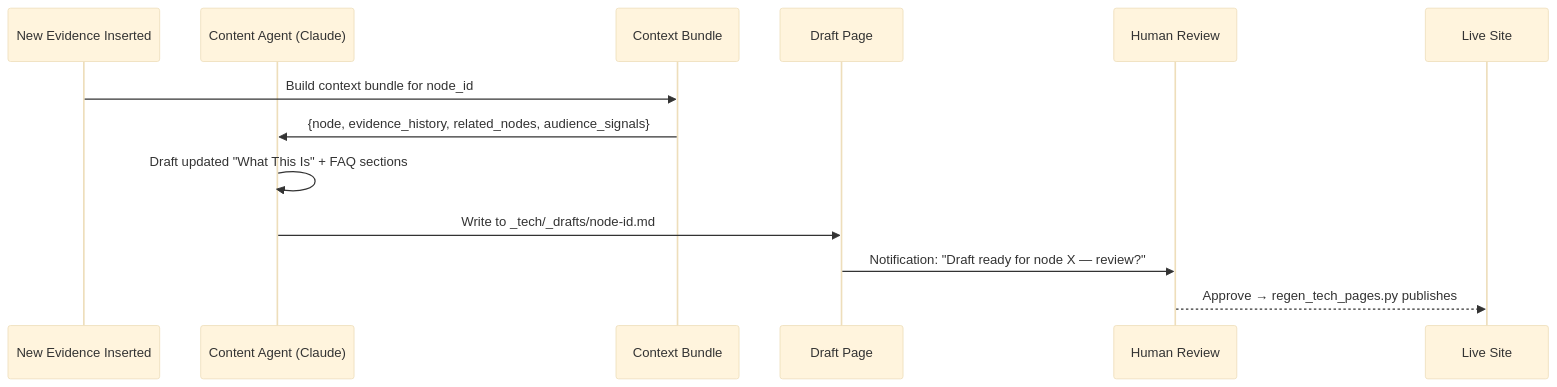
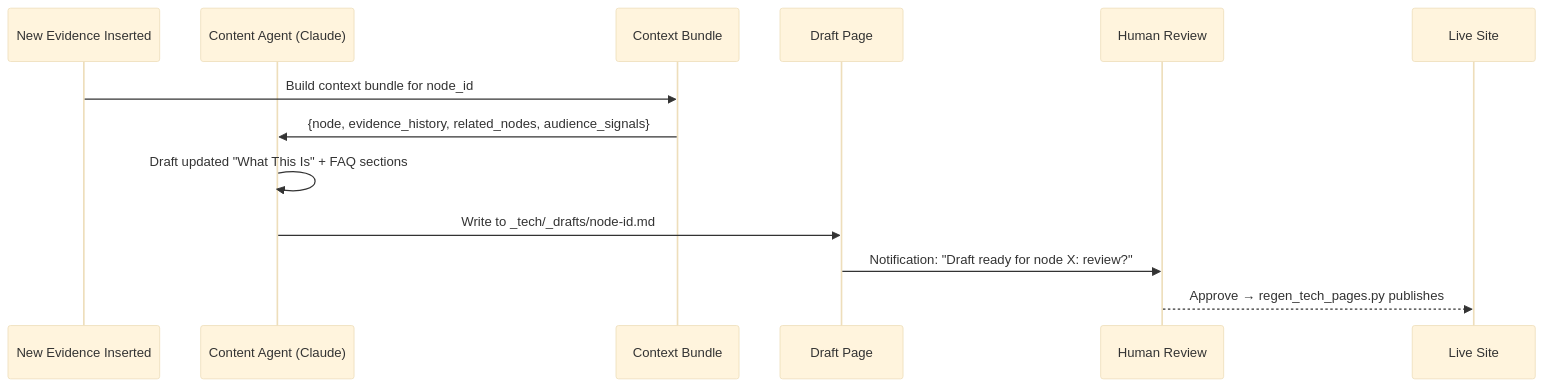
One commit to mengliang10/future changed the second of 6 diagrams in enhancements/16-agentic-martech-stack.md. Above: the diagram before and after it, drawn with Mermaid (base theme). The commit also changed other lines of this file and 348 other files, not shown here.

Commit message:
Global removal of em-dashes, homepage section reordering, and flow improvements

````diff
--- a/enhancements/16-agentic-martech-stack.md
+++ b/enhancements/16-agentic-martech-stack.md
@@ -55,16 +55,16 @@
 ```mermaid
 sequenceDiagram
     participant EV as New Evidence Inserted
     participant AGENT as Content Agent (Claude)
     participant CTX as Context Bundle
     participant DRAFT as Draft Page
     participant HUMAN as Human Review
     participant LIVE as Live Site
 
     EV->>CTX: Build context bundle for node_id
     CTX->>AGENT: {node, evidence_history, related_nodes, audience_signals}
     AGENT->>AGENT: Draft updated "What This Is" + FAQ sections
     AGENT->>DRAFT: Write to _tech/_drafts/node-id.md
-    DRAFT->>HUMAN: Notification: "Draft ready for node X — review?"
+    DRAFT->>HUMAN: Notification: "Draft ready for node X: review?"
     HUMAN-->>LIVE: Approve → regen_tech_pages.py publishes
 ```
````
